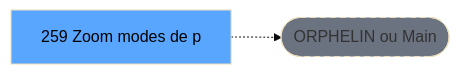
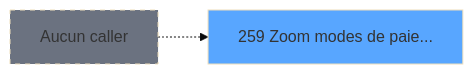
One commit to thonyAGP/magic-migration changed the second of 3 diagrams in .openspec/specs/ADH-IDE-259.md. Above: the diagram before and after it, drawn with Mermaid (base theme). The commit also changed other lines of this file and 493 other files, not shown here.

````diff
--- a/.openspec/specs/ADH-IDE-259.md
+++ b/.openspec/specs/ADH-IDE-259.md
@@ -121,8 +220,8 @@
 ```mermaid
 graph LR
-    T[259 Zoom modes de p]
-    ORPHAN([ORPHELIN ou Main])
-    T -.-> ORPHAN
-    style T fill:#58a6ff,color:#000
-    style ORPHAN fill:#6b7280,stroke-dasharray: 5 5
+    T259[259 Zoom modes de paie...]
+    style T259 fill:#58a6ff
+    NONE[Aucun caller]
+    NONE -.-> T259
+    style NONE fill:#6b7280,stroke-dasharray: 5 5
 ```
````
